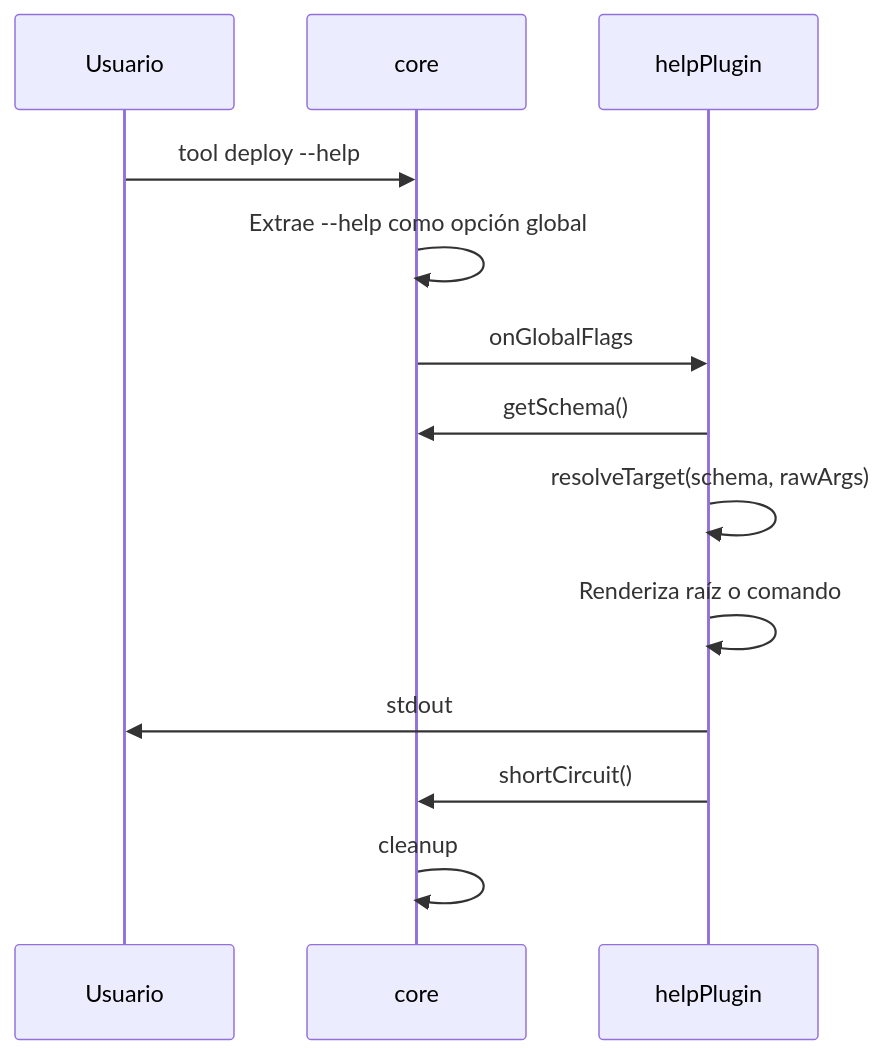
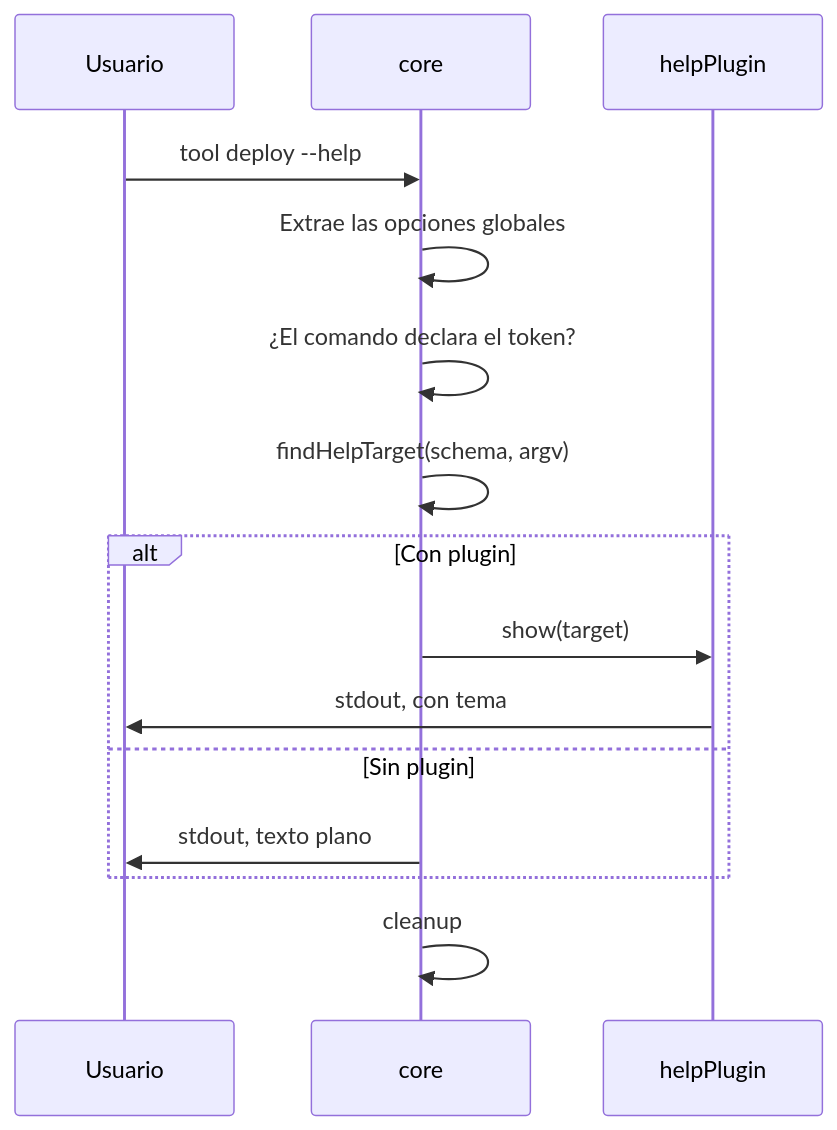
One commit to jrodrigopuca/runa-cmd changed the diagram in docs/flows/help-rendering.md. Above: the diagram before and after it, drawn with Mermaid. The commit also changed other lines of this file and 31 other files, not shown here.

Commit message:
feat(core): show help from the first command, without plugins

````diff
--- a/docs/flows/help-rendering.md
+++ b/docs/flows/help-rendering.md
@@ -7,15 +7,17 @@
 ```mermaid
 sequenceDiagram
     participant U as Usuario
     participant C as core
     participant H as helpPlugin
     U->>C: tool deploy --help
-    C->>C: Extrae --help como opción global
-    C->>H: onGlobalFlags
-    H->>C: getSchema()
-    H->>H: resolveTarget(schema, rawArgs)
-    H->>H: Renderiza raíz o comando
-    H->>U: stdout
-    H->>C: shortCircuit()
+    C->>C: Extrae las opciones globales
+    C->>C: ¿El comando declara el token?
+    C->>C: findHelpTarget(schema, argv)
+    alt Con plugin
+        C->>H: show(target)
+        H->>U: stdout, con tema
+    else Sin plugin
+        C->>U: stdout, texto plano
+    end
     C->>C: cleanup
 ```
````
